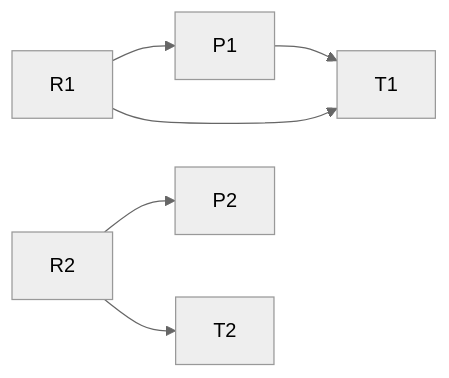
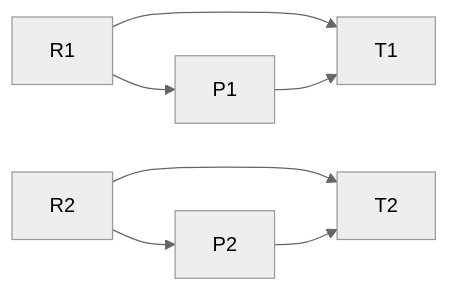
Before and after one commit to wenchiangh/blogs: the third of 4 diagrams in from-code-generation-to-spec-validation.md, drawn with Mermaid (neutral theme). The commit also changed other lines of this file, not shown here.

````diff
--- a/from-code-generation-to-spec-validation.md
+++ b/from-code-generation-to-spec-validation.md
@@ -155,19 +199,19 @@
 ```mermaid
 graph LR
-
     R1[R1]
     R2[R2]
 
     P1[P1]
     P2[P2]
 
     T1[T1]
     T2[T2]
 
     R1 --> P1
     R1 --> T1
     P1 --> T1
 
     R2 --> P2
     R2 --> T2
+    P2 --> T2
 ```
````
